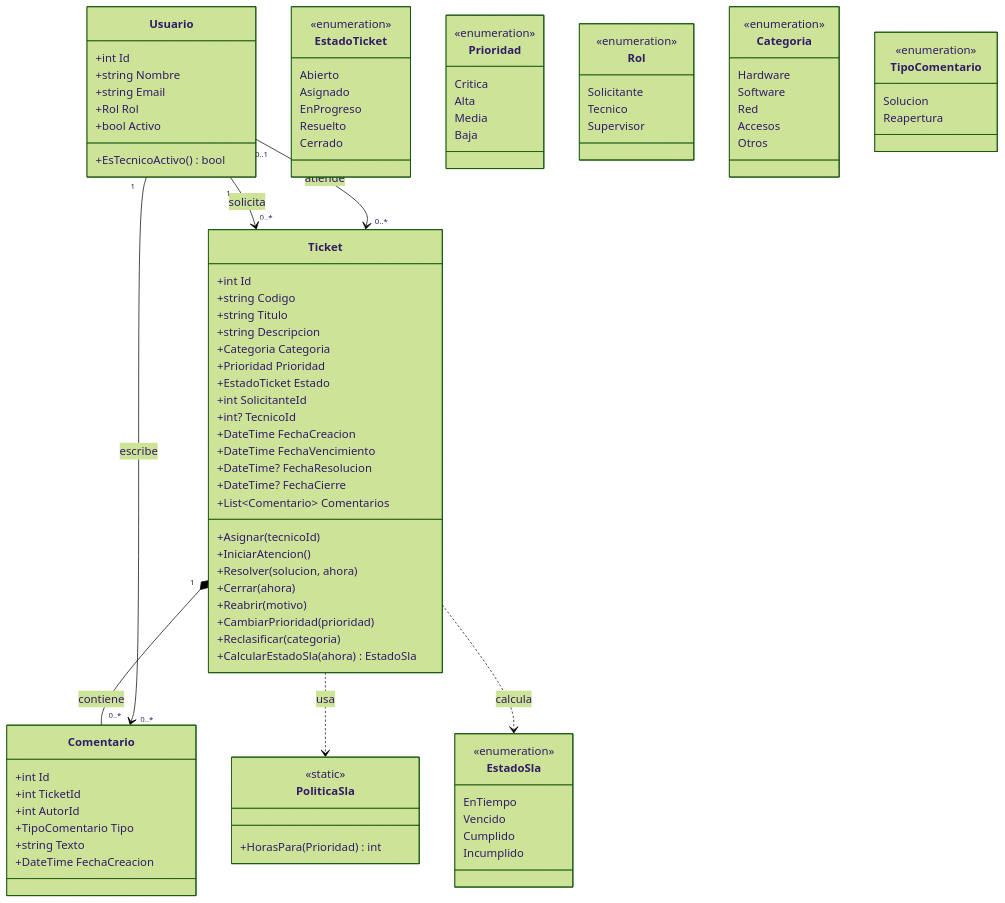
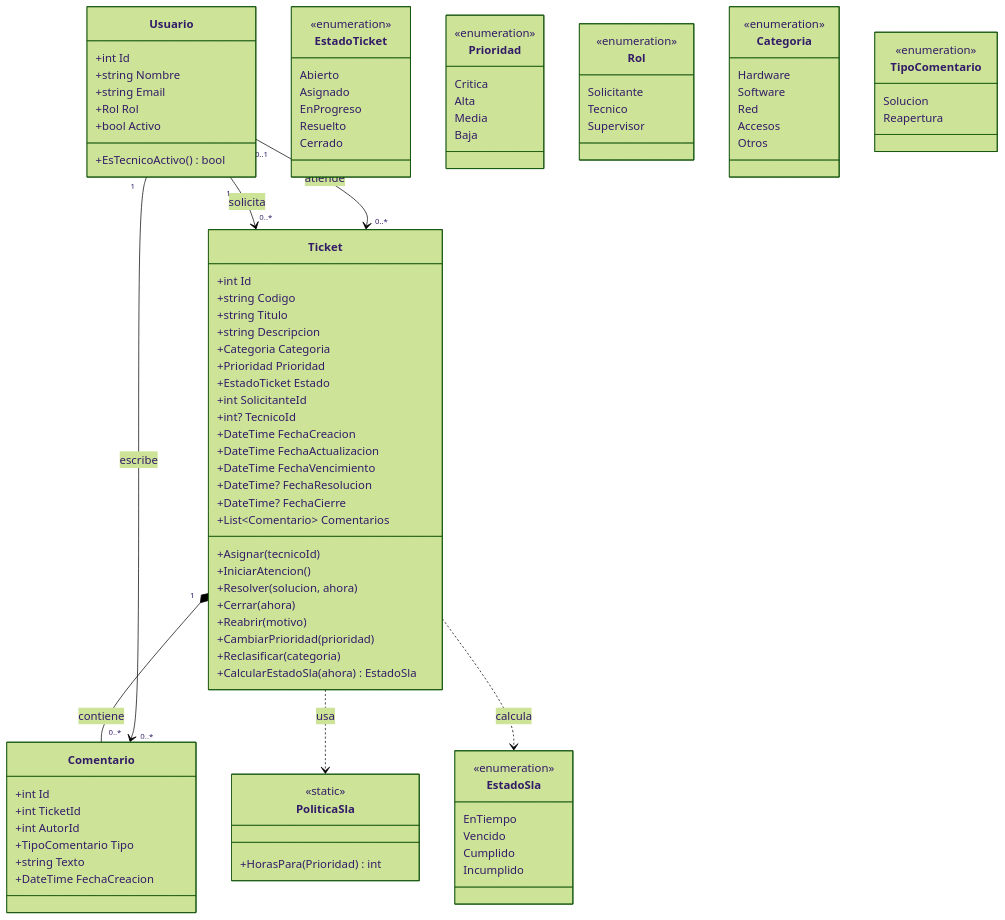
One commit to AngelicaTomala/help-desk-system changed the first of 2 diagrams in specs/technical/01-modelo-dominio.md. Above: the diagram before and after it, drawn with Mermaid (forest theme). The commit also changed other lines of this file and 12 other files, not shown here.

```diff
--- a/specs/technical/01-modelo-dominio.md
+++ b/specs/technical/01-modelo-dominio.md
@@ -141,6 +144,7 @@
         +int SolicitanteId
         +int? TecnicoId
         +DateTime FechaCreacion
+        +DateTime FechaActualizacion
         +DateTime FechaVencimiento
         +DateTime? FechaResolucion
         +DateTime? FechaCierre
```
